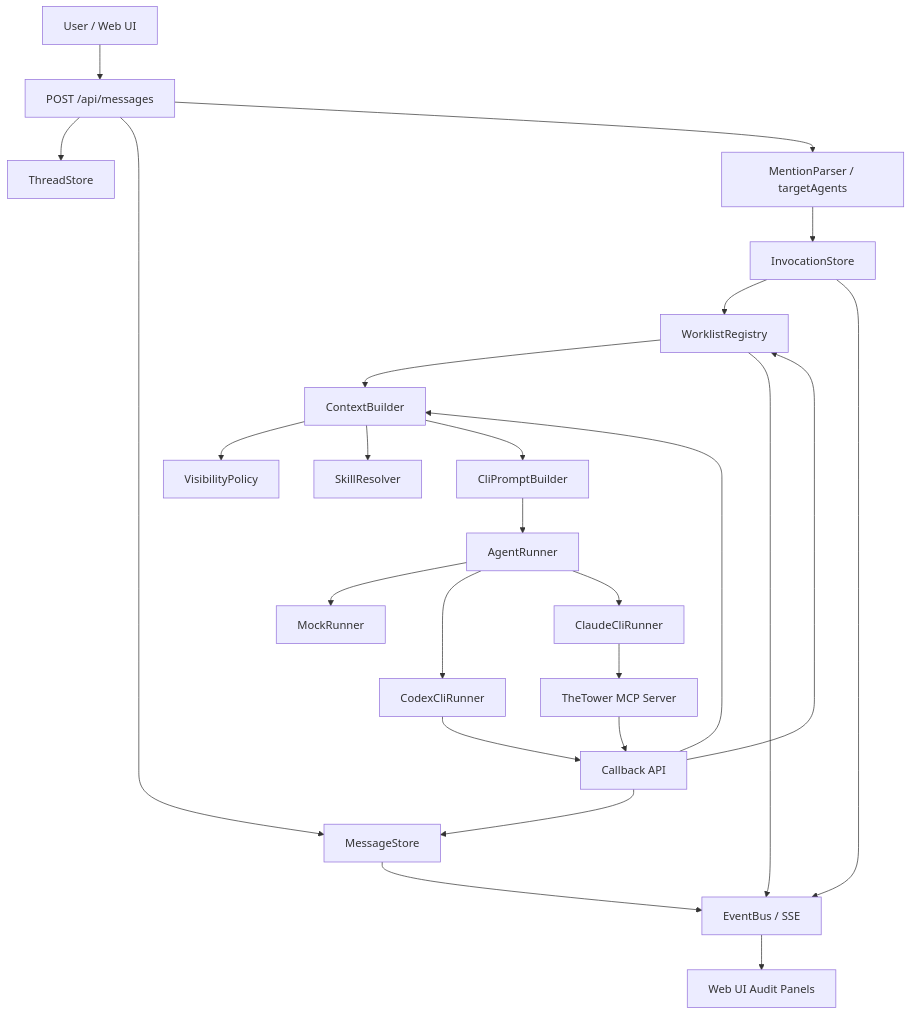
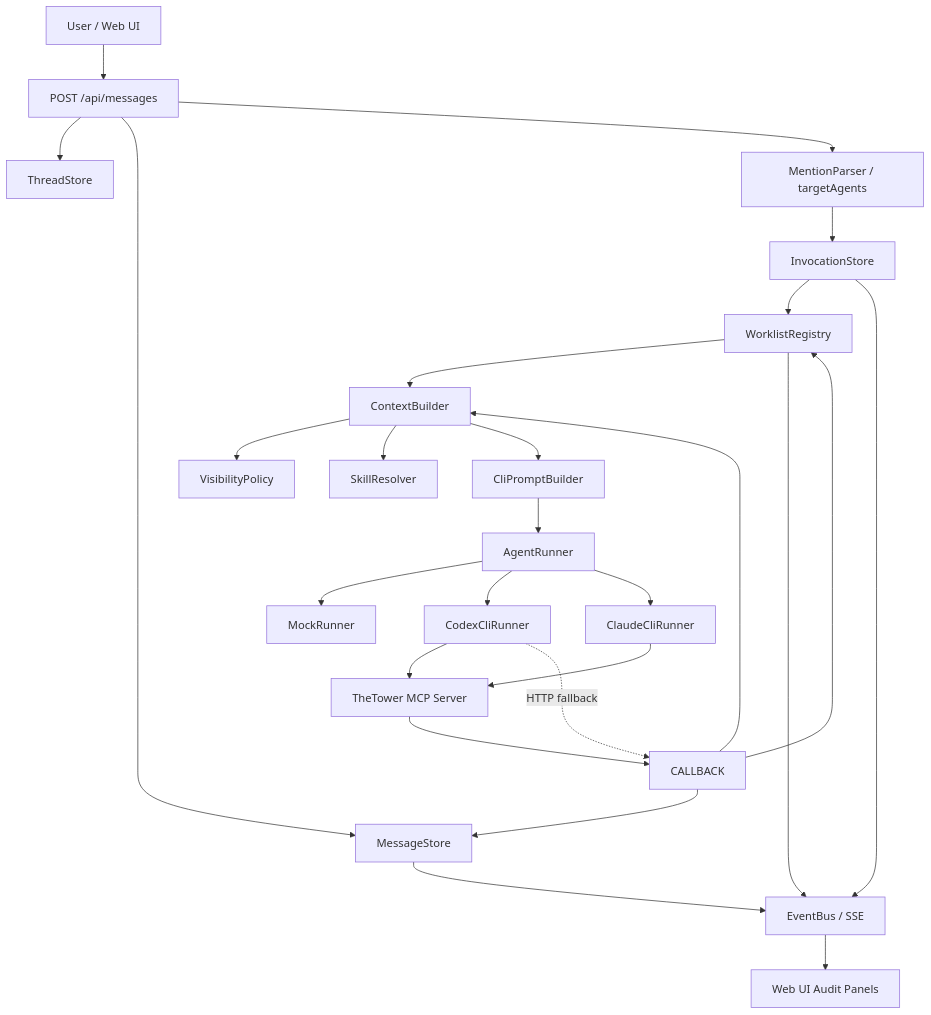
The first of 5 diagrams in docs/current-a2a-architecture.md (tianchangNorth/TheTower), drawn with Mermaid before and after one commit. The commit also changed other lines of this file, not shown here.

Commit message:
feat: 更新 A2A 架构文档，添加 Phase 6 相关内容，完善可见性和 callback 处理逻辑

````diff
--- a/docs/current-a2a-architecture.md
+++ b/docs/current-a2a-architecture.md
@@ -32,32 +34,33 @@
 ```mermaid
 flowchart TD
   USER["User / Web UI"] --> MSG_API["POST /api/messages"]
   MSG_API --> THREAD["ThreadStore"]
   MSG_API --> MESSAGE["MessageStore"]
   MSG_API --> ROUTE["MentionParser / targetAgents"]
 
   ROUTE --> INV["InvocationStore"]
   INV --> WORKLIST["WorklistRegistry"]
   WORKLIST --> CTX["ContextBuilder"]
   CTX --> VIS["VisibilityPolicy"]
   CTX --> SKILLS["SkillResolver"]
   CTX --> PROMPT["CliPromptBuilder"]
 
   PROMPT --> RUNNER["AgentRunner"]
   RUNNER --> MOCK["MockRunner"]
   RUNNER --> CODEX["CodexCliRunner"]
   RUNNER --> CLAUDE["ClaudeCliRunner"]
 
-  CODEX --> CALLBACK["Callback API"]
-  CLAUDE --> MCP["TheTower MCP Server"]
+  CODEX --> MCP["TheTower MCP Server"]
+  CLAUDE --> MCP
   MCP --> CALLBACK
+  CODEX -. "HTTP fallback" .-> CALLBACK
 
   CALLBACK --> MESSAGE
   CALLBACK --> WORKLIST
   CALLBACK --> CTX
 
   MESSAGE --> SSE["EventBus / SSE"]
   WORKLIST --> SSE
   INV --> SSE
   SSE --> UI["Web UI Audit Panels"]
 ```
````
